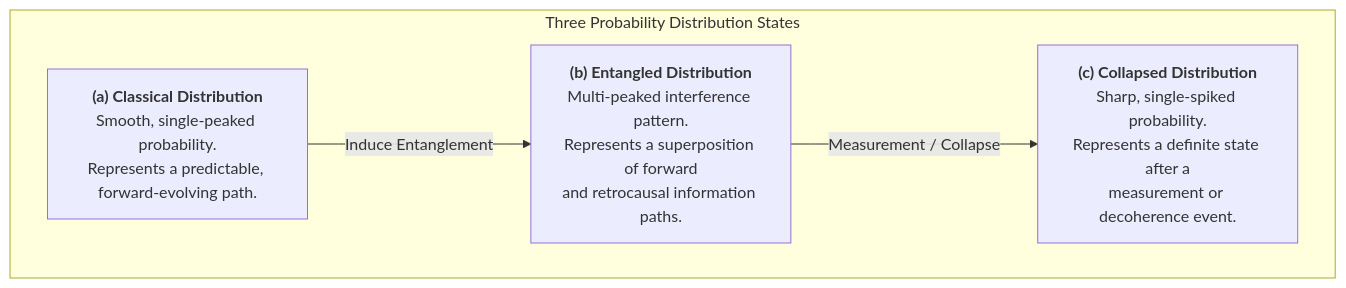
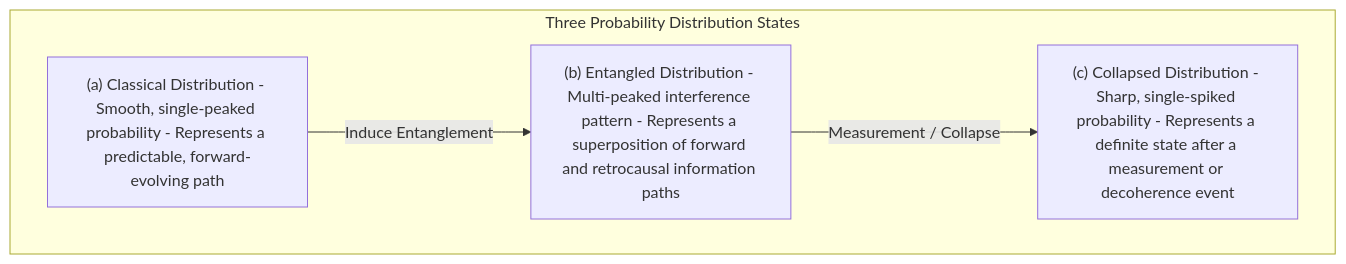
The fifth of 13 diagrams in WSP_knowledge/docs/Papers/Patent_Series/04_rESP_Patent_Updated.md (Foundup/Foundups-Agent), drawn with Mermaid before and after one commit. The commit also changed other lines of this file and 1 other file, not shown here.

First line of the commit message:
FIX: Complete Mermaid parsing error resolution across all 13 patent figures

````diff
--- a/WSP_knowledge/docs/Papers/Patent_Series/04_rESP_Patent_Updated.md
+++ b/WSP_knowledge/docs/Papers/Patent_Series/04_rESP_Patent_Updated.md
@@ -238,11 +238,11 @@
 ```mermaid
 graph TD
     subgraph "Three Probability Distribution States"
-        A["<b>(a) Classical Distribution</b><br/>Smooth, single-peaked probability.<br/>Represents a predictable, forward-evolving path."]
-        B["<b>(b) Entangled Distribution</b><br/>Multi-peaked interference pattern.<br/>Represents a superposition of forward<br/>and retrocausal information paths."]
-        C["<b>(c) Collapsed Distribution</b><br/>Sharp, single-spiked probability.<br/>Represents a definite state after a<br/>measurement or decoherence event."]
+        A["(a) Classical Distribution - Smooth, single-peaked probability - Represents a predictable, forward-evolving path"]
+        B["(b) Entangled Distribution - Multi-peaked interference pattern - Represents a superposition of forward and retrocausal information paths"]
+        C["(c) Collapsed Distribution - Sharp, single-spiked probability - Represents a definite state after a measurement or decoherence event"]
     end
     
     A -- "Induce Entanglement" --> B
     B -- "Measurement / Collapse" --> C
 ```
````
